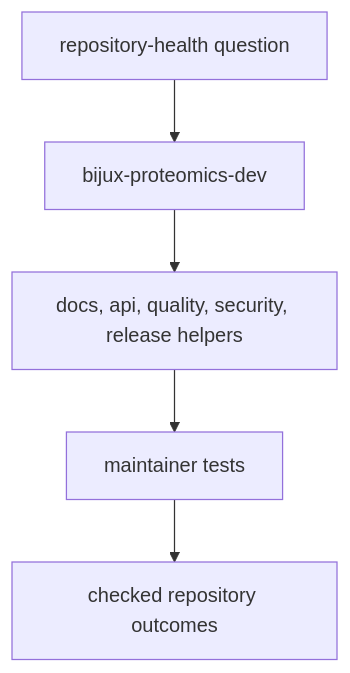
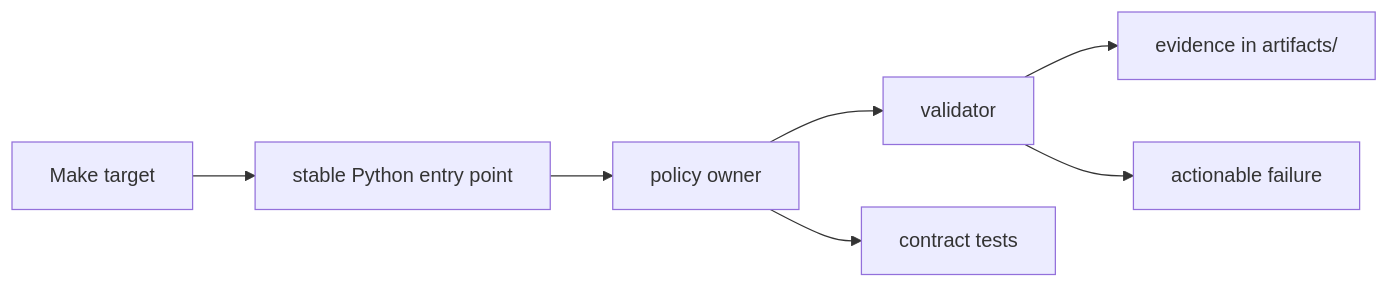
One commit to bijux/bijux-proteomics changed the first of 2 diagrams in docs/08-bijux-proteomics-maintain/bijux-proteomics-dev/index.md. Above: the diagram before and after it, drawn with Mermaid. The commit also changed other lines of this file and 3 other files, not shown here.

Commit message:
docs(operations): connect lab consequence to repository proof

````diff
--- a/docs/08-bijux-proteomics-maintain/bijux-proteomics-dev/index.md
+++ b/docs/08-bijux-proteomics-maintain/bijux-proteomics-dev/index.md
@@ -17,13 +17,9 @@
 ```mermaid
-flowchart TB
-    question["repository-health question"]
-    toolkit["bijux-proteomics-dev"]
-    family["docs, api, quality, security, release helpers"]
-    tests["maintainer tests"]
-    outcomes["checked repository outcomes"]
-
-    question --> toolkit
-    toolkit --> family
-    family --> tests
-    tests --> outcomes
+flowchart LR
+    M["Make target"] --> E["stable Python entry point"]
+    E --> P["policy owner"]
+    P --> V["validator"]
+    V --> A["evidence in artifacts/"]
+    V --> X["actionable failure"]
+    P --> T["contract tests"]
 ```
````
